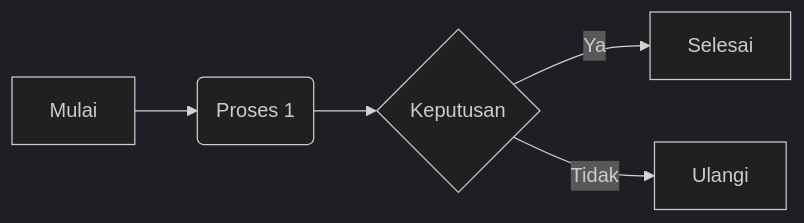
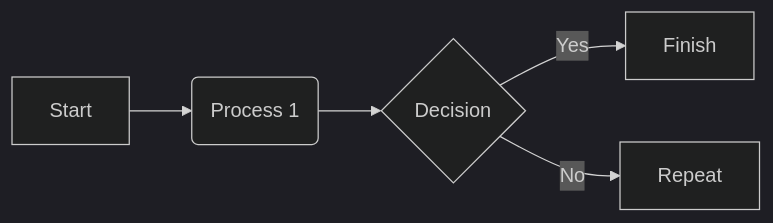
Before and after one commit to AdienDendra/architect-web: the second of 2 diagrams in content.en/posts/view-documentation.md, drawn with Mermaid (dark theme). The commit also changed other lines of this file, not shown here.

```diff
--- a/content.en/posts/view-documentation.md
+++ b/content.en/posts/view-documentation.md
@@ -31,7 +32,7 @@
 {{< mermaid >}}
 graph LR
-    A[Mulai] --> B(Proses 1)
-    B --> C{Keputusan}
-    C -->|Ya| D[Selesai]
-    C -->|Tidak| E[Ulangi]
+    A[Start] --> B(Process 1)
+    B --> C{Decision}
+    C -->|Yes| D[Finish]
+    C -->|No| E[Repeat]
 {{< /mermaid >}}
```
